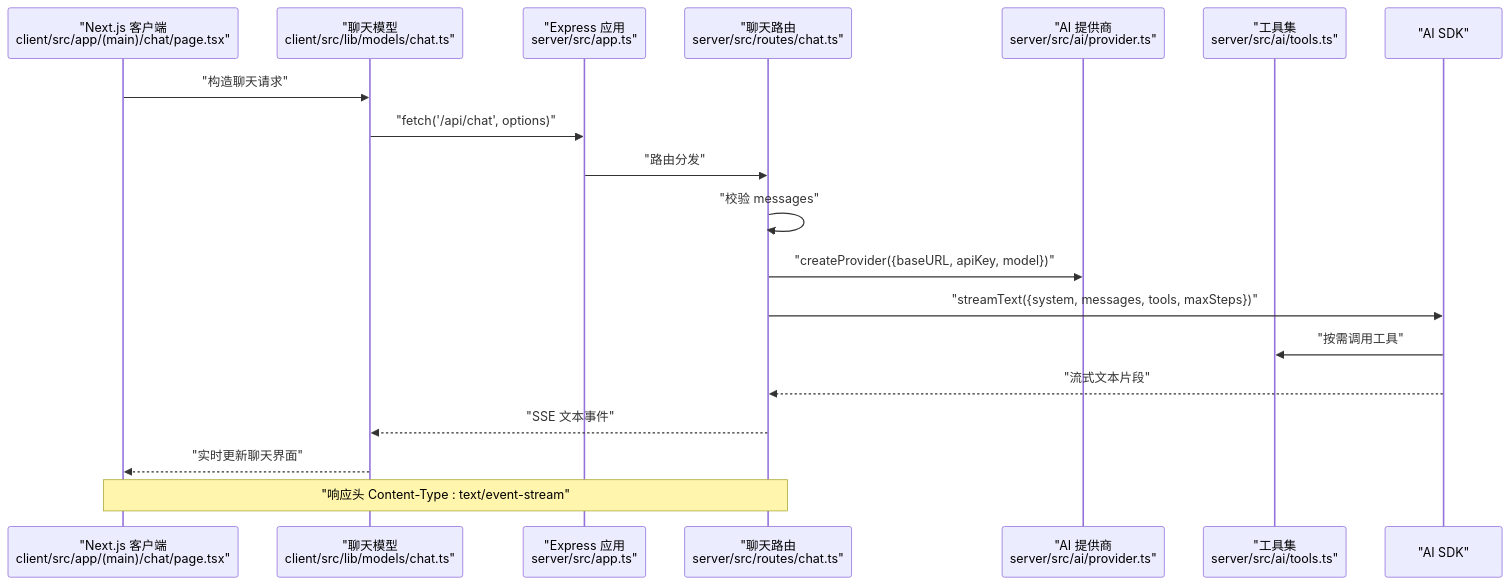
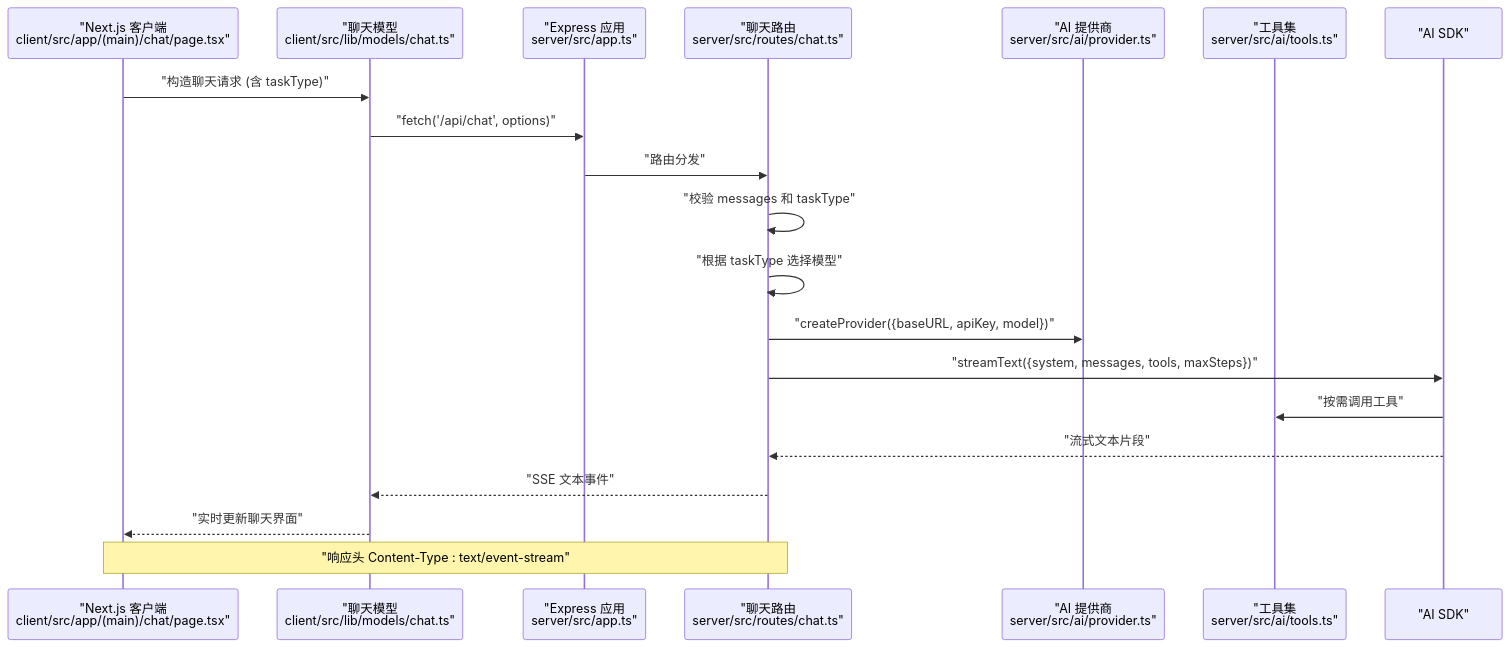
The second of 6 diagrams in .qoder/repowiki/zh/content/API参考文档/聊天接口.md (aHin0805/FH6CarSettingAgent), drawn with Mermaid before and after one commit. The commit also changed other lines of this file and 59 other files, not shown here.

````diff
--- a/.qoder/repowiki/zh/content/API参考文档/聊天接口.md
+++ b/.qoder/repowiki/zh/content/API参考文档/聊天接口.md
@@ -104,21 +106,22 @@
 ```mermaid
 sequenceDiagram
 participant Client as "Next.js 客户端<br/>client/src/app/(main)/chat/page.tsx"
 participant Model as "聊天模型<br/>client/src/lib/models/chat.ts"
 participant App as "Express 应用<br/>server/src/app.ts"
 participant Route as "聊天路由<br/>server/src/routes/chat.ts"
 participant Provider as "AI 提供商<br/>server/src/ai/provider.ts"
 participant Tools as "工具集<br/>server/src/ai/tools.ts"
 participant AI as "AI SDK"
-Client->>Model : "构造聊天请求"
+Client->>Model : "构造聊天请求 (含 taskType)"
 Model->>App : "fetch('/api/chat', options)"
 App->>Route : "路由分发"
-Route->>Route : "校验 messages"
+Route->>Route : "校验 messages 和 taskType"
+Route->>Route : "根据 taskType 选择模型"
 Route->>Provider : "createProvider({baseURL, apiKey, model})"
 Route->>AI : "streamText({system, messages, tools, maxSteps})"
 AI->>Tools : "按需调用工具"
 AI-->>Route : "流式文本片段"
 Route-->>Model : "SSE 文本事件"
 Model-->>Client : "实时更新聊天界面"
 Note over Route,Client : "响应头 Content-Type : text/event-stream"
 ```
````
